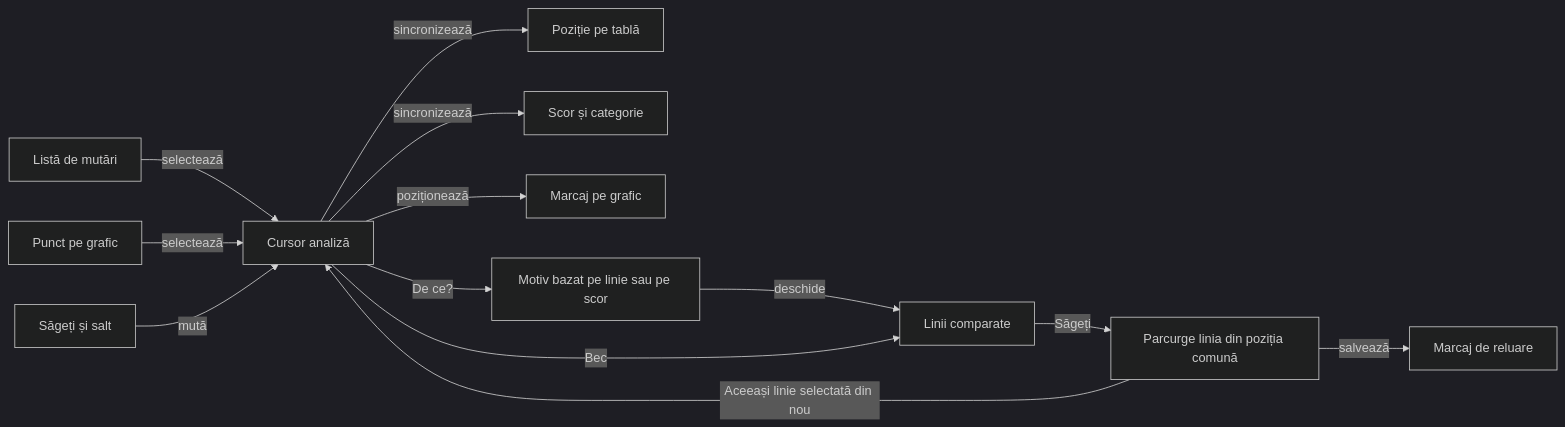
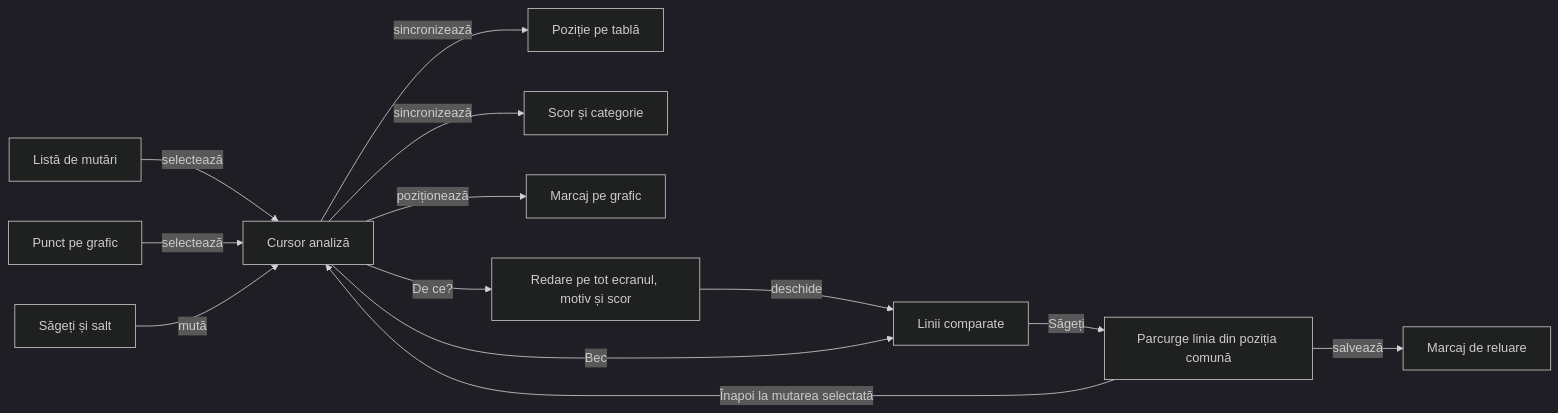
The fourth of 4 diagrams in docs/board/game-review.md (crististefanita/atf_j7), drawn with Mermaid (dark theme) before and after one commit. The commit also changed other lines of this file and 19 other files, not shown here.

````diff
--- a/docs/board/game-review.md
+++ b/docs/board/game-review.md
@@ -143,15 +143,15 @@
 ```mermaid
 flowchart LR
     L["Listă de mutări"] -->|selectează| C["Cursor analiză"]
     G["Punct pe grafic"] -->|selectează| C
     N["Săgeți și salt"] -->|mută| C
     C -->|sincronizează| B["Poziție pe tablă"]
     C -->|sincronizează| S["Scor și categorie"]
     C -->|poziționează| M["Marcaj pe grafic"]
-    C -->|"De ce?"| E["Motiv bazat pe linie sau pe scor"]
+    C -->|"De ce?"| E["Redare pe tot ecranul, motiv și scor"]
     E -->|deschide| R["Linii comparate"]
     C -->|"Bec"| R
     R -->|"Săgeți"| P["Parcurge linia din poziția comună"]
-    P -->|"Aceeași linie selectată din nou"| C
+    P -->|"Înapoi la mutarea selectată"| C
     P -->|salvează| A["Marcaj de reluare"]
 ```
````
